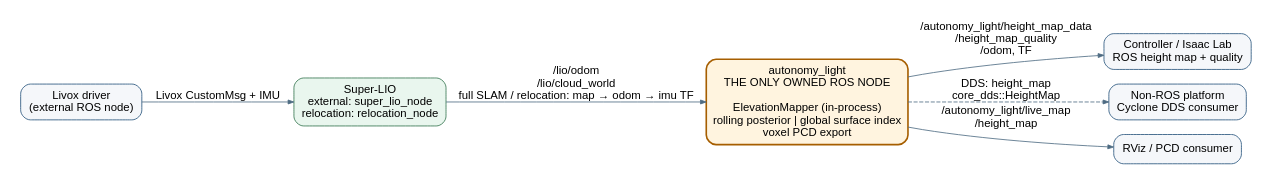
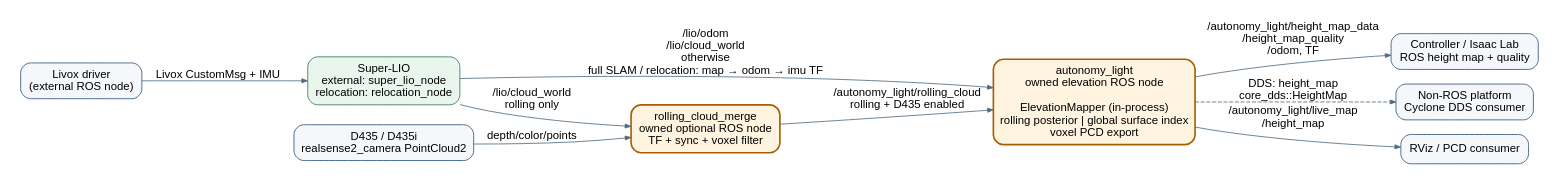
One commit to cocelo-ai/autonomy changed the diagram in docs/software_node_topology.dot. Above: the diagram before and after it, drawn with Graphviz. The commit also changed 13 other files, not shown here.

```diff
--- a/docs/software_node_topology.dot
+++ b/docs/software_node_topology.dot
@@ -1,22 +1,28 @@
 digraph autonomy_light {
   rankdir=LR;
   graph [fontname="Arial", bgcolor="white", pad="0.25"];
   node [fontname="Arial", shape=box, style="rounded,filled", color="#24527a",
         fillcolor="#edf5fb", margin="0.16,0.10"];
   edge [fontname="Arial", color="#4d6b82", arrowsize="0.7"];
 
   livox [label="Livox driver\n(external ROS node)", fillcolor="#f5f7fa"];
   lio [label="Super-LIO\nexternal: super_lio_node\nrelocation: relocation_node",
        fillcolor="#e9f6ee", color="#32734d"];
-  runtime [label="autonomy_light\nTHE ONLY OWNED ROS NODE\n\nElevationMapper (in-process)\nrolling posterior | global surface index\nvoxel PCD export",
+  d435 [label="D435 / D435i\nrealsense2_camera PointCloud2", fillcolor="#f5f7fa"];
+  merge [label="rolling_cloud_merge\nowned optional ROS node\nTF + sync + voxel filter",
+         fillcolor="#fff4df", color="#a65e00", penwidth="2"];
+  runtime [label="autonomy_light\nowned elevation ROS node\n\nElevationMapper (in-process)\nrolling posterior | global surface index\nvoxel PCD export",
            fillcolor="#fff4df", color="#a65e00", penwidth="2"];
   control [label="Controller / Isaac Lab\nROS height map + quality", fillcolor="#f5f7fa"];
   dds [label="Non-ROS platform\nCyclone DDS consumer", fillcolor="#f5f7fa"];
   rviz [label="RViz / PCD consumer", fillcolor="#f5f7fa"];
 
   livox -> lio [label="Livox CustomMsg + IMU"];
-  lio -> runtime [label="/lio/odom\n/lio/cloud_world\nfull SLAM / relocation: map → odom → imu TF"];
+  lio -> merge [label="/lio/cloud_world\nrolling only"];
+  d435 -> merge [label="depth/color/points"];
+  merge -> runtime [label="/autonomy_light/rolling_cloud\nrolling + D435 enabled"];
+  lio -> runtime [label="/lio/odom\n/lio/cloud_world\notherwise\nfull SLAM / relocation: map → odom → imu TF"];
   runtime -> control [label="/autonomy_light/height_map_data\n/height_map_quality\n/odom, TF"];
   runtime -> dds [label="DDS: height_map\ncore_dds::HeightMap", style=dashed];
   runtime -> rviz [label="/autonomy_light/live_map\n/height_map"];
 }
```
